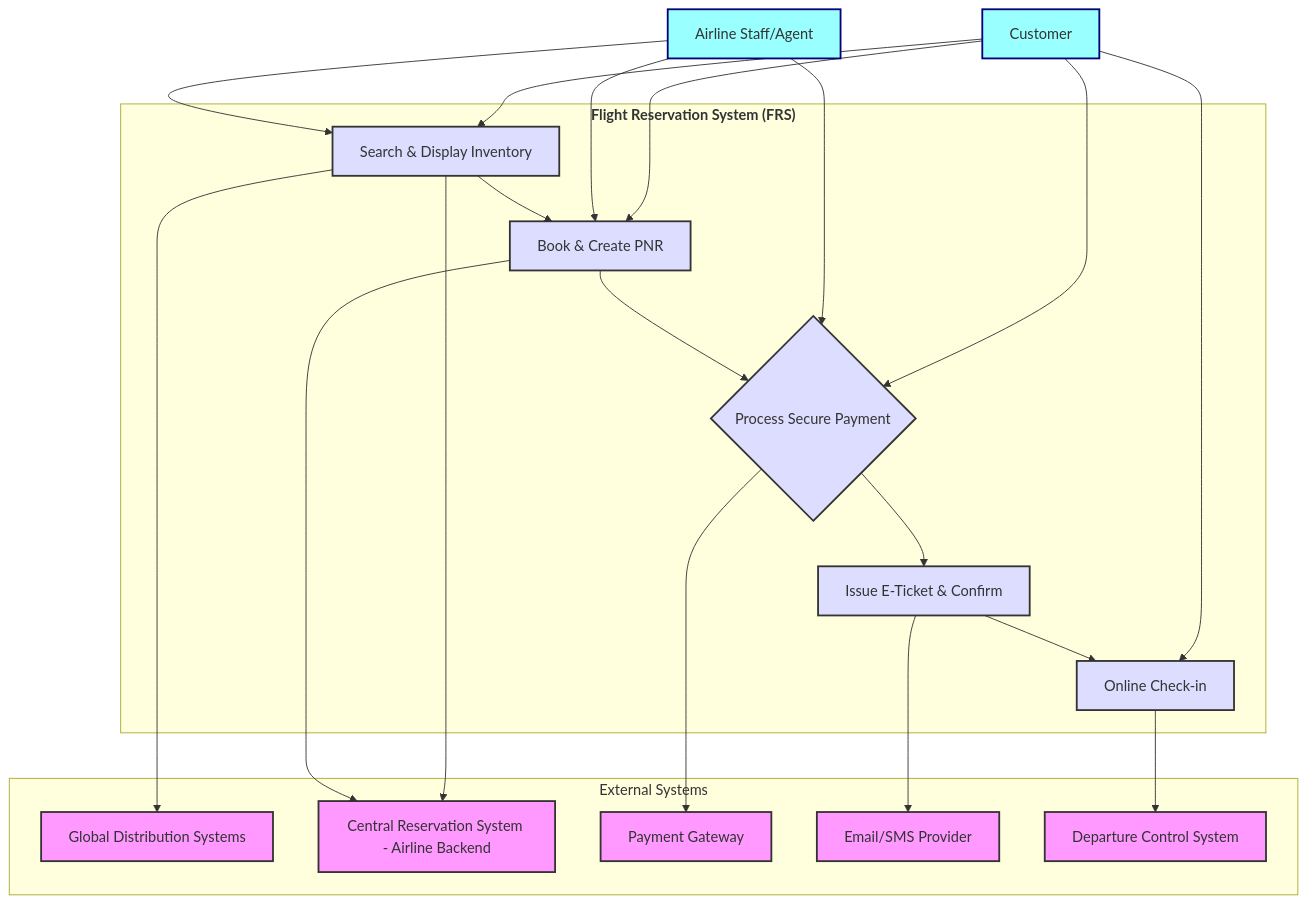
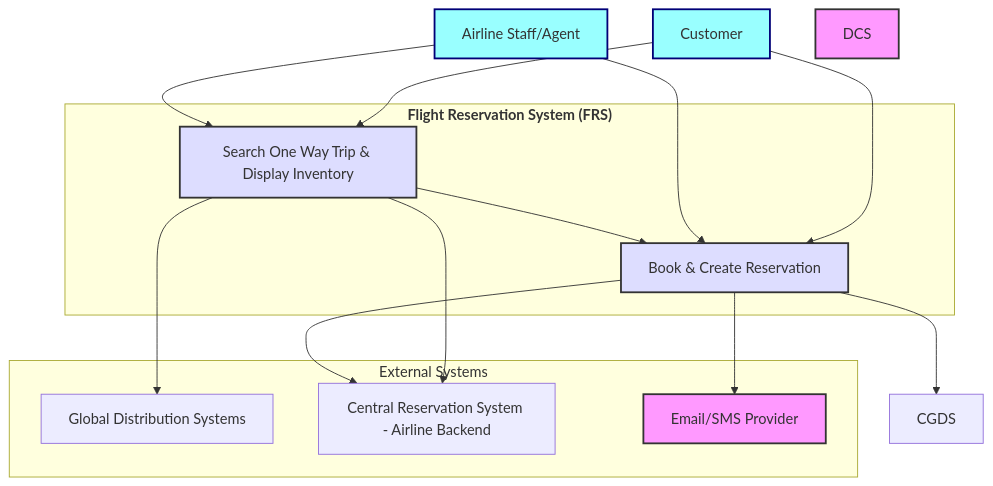
One commit to ArkCase/atdd-flight-reserve changed the diagram in docs/system-behavior.md. Above: the diagram before and after it, drawn with Mermaid. The commit also changed other lines of this file, not shown here.

````diff
--- a/docs/system-behavior.md
+++ b/docs/system-behavior.md
@@ -5,44 +5,31 @@
 ```mermaid
 ---
 config:
   layout: fixed
 ---
 flowchart TD
  subgraph subGraph0["<b>Flight Reservation System (FRS)</b>"]
-        UC1["Search & Display Inventory"]
-        UC2["Book & Create PNR"]
-        UC3{"Process Secure Payment"}
-        UC4["Issue E-Ticket & Confirm"]
-        UC5["Online Check-in"]
+        UC1["Search One Way Trip & Display Inventory"]
+        UC2["Book & Create Reservation"]
   end
  subgraph subGraph1["External Systems"]
         GDS["Global Distribution Systems"]
         CRS["Central Reservation System - Airline Backend"]
-        PaymentGateway["Payment Gateway"]
         EmailSMS["Email/SMS Provider"]
-        DCS["Departure Control System"]
   end
-    A["Customer"] --> UC1 & UC2 & UC3 & UC5
-    B["Airline Staff/Agent"] --> UC1 & UC2 & UC3
+    A["Customer"] --> UC1 & UC2
+    B["Airline Staff/Agent"] --> UC1 & UC2
     UC1 --> UC2 & GDS & CRS
-    UC2 --> UC3 & CRS
-    UC3 --> UC4 & PaymentGateway
-    UC4 --> UC5 & EmailSMS
-    UC5 --> DCS
+    UC2 --> CGDS & CRS & EmailSMS
+
      UC1:::usecase
      UC2:::usecase
-     UC3:::usecase
-     UC4:::usecase
-     UC5:::usecase
-     GDS:::external
-     CRS:::external
-     PaymentGateway:::external
      EmailSMS:::external
      DCS:::external
      A:::actor
      B:::actor
     classDef actor fill:#9FF,stroke:#007,stroke-width:2px
     classDef external fill:#f9f,stroke:#333,stroke-width:2px
     classDef usecase fill:#DDF,stroke:#333,stroke-width:2px
 
 ```
````
